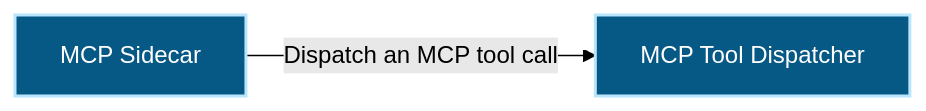
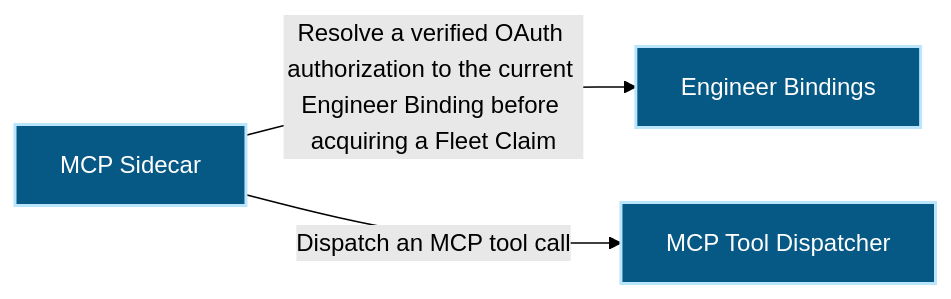
Before and after one commit to Ancienttwo/repo-harness: the first of 3 diagrams in docs/architecture/modules/runtime-harness/mcp-sidecar.md, drawn with Mermaid (forest theme). The commit also changed other lines of this file and 46 other files, not shown here.

````diff
--- a/docs/architecture/modules/runtime-harness/mcp-sidecar.md
+++ b/docs/architecture/modules/runtime-harness/mcp-sidecar.md
@@ -15,10 +15,12 @@
 ```mermaid
 flowchart LR
+  p1_capability_runtime_harness_engineer_bindings_34c00f72["Engineer Bindings"]:::component
   p1_capability_runtime_harness_mcp_sidecar_4e12aaf3["MCP Sidecar"]:::component
   p1_component_mcp_sidecar_primary_8f9b418c["MCP Tool Dispatcher"]:::component
+  p1_capability_runtime_harness_mcp_sidecar_4e12aaf3 -->|"Resolve a verified OAuth authorization to the current Engineer Binding before acquiring a Fleet Claim"| p1_capability_runtime_harness_engineer_bindings_34c00f72
   p1_capability_runtime_harness_mcp_sidecar_4e12aaf3 -->|"Dispatch an MCP tool call"| p1_component_mcp_sidecar_primary_8f9b418c
   classDef actor fill:#111827,color:#ffffff,stroke:#f9fafb,stroke-width:2px
   classDef component fill:#075985,color:#ffffff,stroke:#bae6fd,stroke-width:2px
   classDef datastore fill:#3f6212,color:#ffffff,stroke:#d9f99d,stroke-width:2px
   classDef external fill:#7c2d12,color:#ffffff,stroke:#fed7aa,stroke-width:2px
 ```
````
